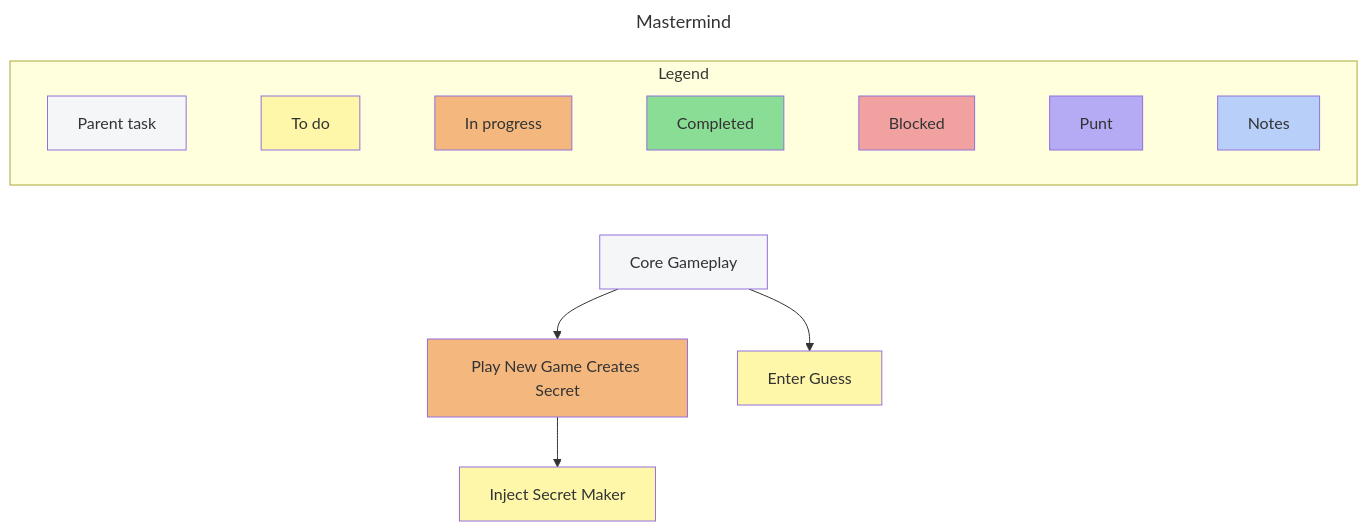
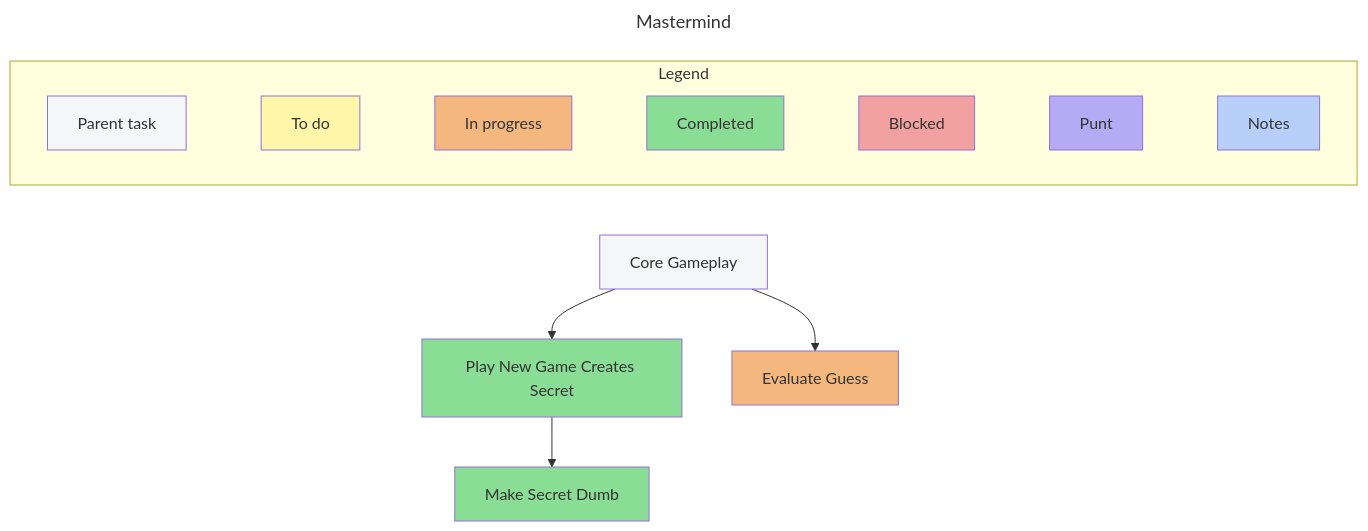
One commit to jonreid/Mastermind changed the diagram in discovery-tree.md. Above: the diagram before and after it, drawn with Mermaid.

Commit message:
. d update Discovery Tree

````diff
--- a/discovery-tree.md
+++ b/discovery-tree.md
@@ -1,44 +1,44 @@
 ```mermaid
 ---
 title: Mastermind
 ---
 graph TD
     subgraph legend["Legend"]
         direction LR
         legend-parent-task["Parent task"] ~~~ legend-todo["To do"] ~~~ legend-in-progress["In progress"] ~~~ legend-completed["Completed"] ~~~ legend-blocked["Blocked"] ~~~ legend-punt["Punt"] ~~~ legend-notes["Notes"]
     end
 
     core-gameplay["Core Gameplay"]
     play-game["Play New Game Creates Secret"]
-    enter-guess["Enter Guess"]
+    enter-guess["Evaluate Guess"]
 
     legend ~~~ core-gameplay
 
-    inject-secret-maker["Inject Secret Maker"]
+    inject-secret-maker["Make Secret Dumb"]
 
     core-gameplay --> play-game
     core-gameplay --> enter-guess
     play-game --> inject-secret-maker
 
     classDef parent-task fill:#f4f6f8
     classDef todo fill:#fef7aa
     classDef in-progress fill:#f4b87f
     classDef completed fill:#8add95
     classDef blocked fill:#f1a2a0
     classDef punt fill:#b5abf4
     classDef notes fill:#b8cffa
 
     class legend-parent-task parent-task
     class legend-todo todo
     class legend-in-progress in-progress
     class legend-completed completed
     class legend-blocked blocked
     class legend-punt punt
     class legend-notes notes
 
     class core-gameplay parent-task
-    class play-game in-progress
-    class enter-guess todo
-    class inject-secret-maker todo
+    class play-game completed
+    class enter-guess in-progress
+    class inject-secret-maker completed
 
 ```
````
